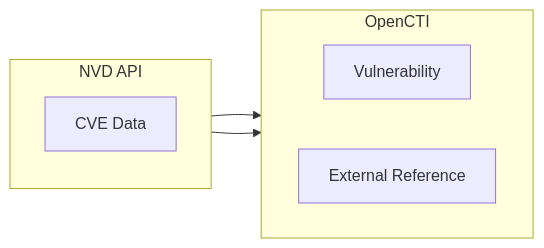
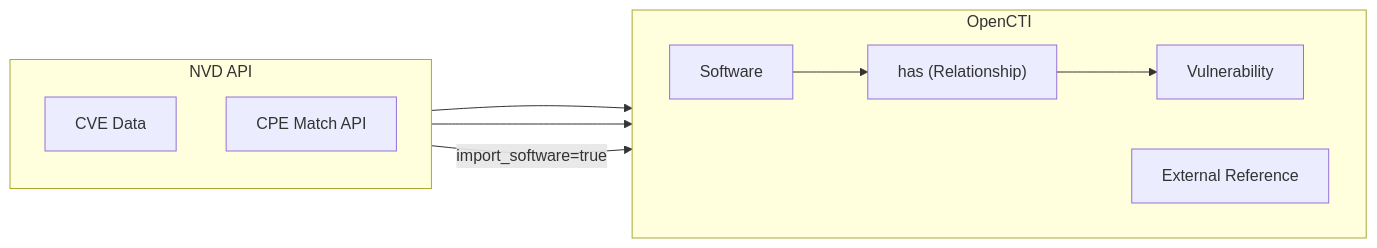
The diagram in external-import/cve/README.md (cr-fp/connectors), drawn with Mermaid before and after one commit. The commit also changed other lines of this file and 8 other files, not shown here.

````diff
--- a/external-import/cve/README.md
+++ b/external-import/cve/README.md
@@ -141,16 +143,22 @@
 ```mermaid
 graph LR
     subgraph NVD API
         direction TB
         CVE[CVE Data]
+        CPEMatch[CPE Match API]
     end
 
     subgraph OpenCTI
         direction LR
         Vulnerability[Vulnerability]
+        Software[Software]
         ExternalRef[External Reference]
+        HasRel["has (Relationship)"]
     end
 
     CVE --> Vulnerability
     CVE --> ExternalRef
+    CPEMatch -->|import_software=true| Software
+    Software --> HasRel
+    HasRel --> Vulnerability
 ```
````
